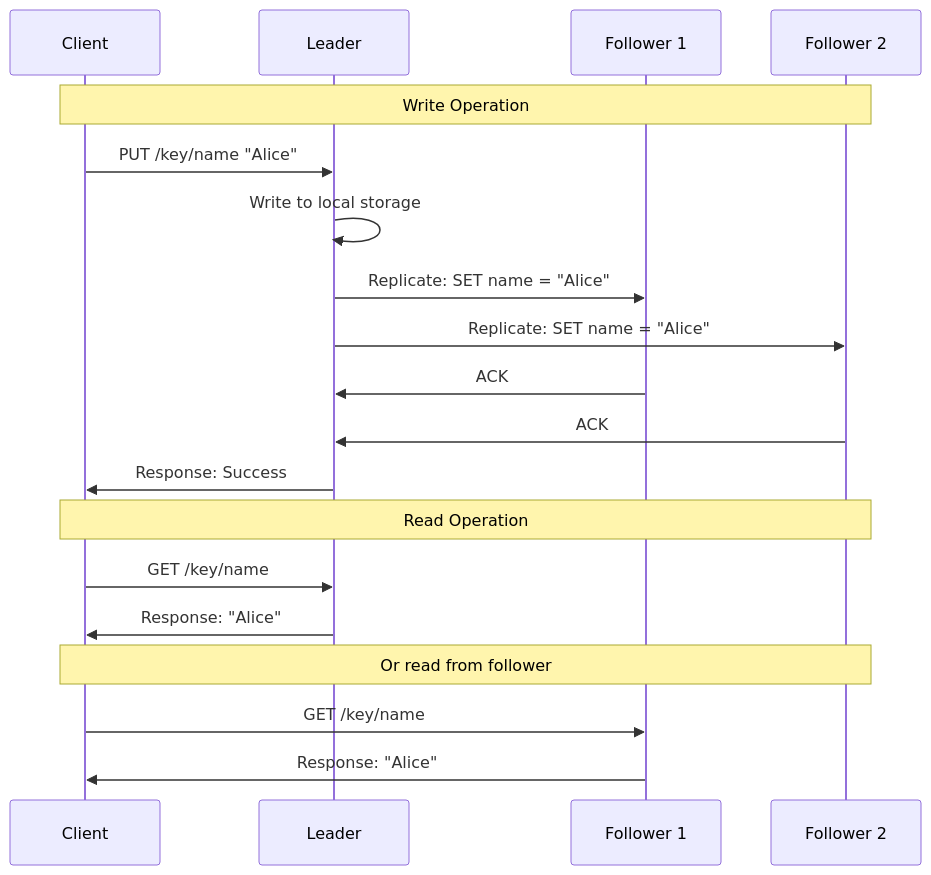
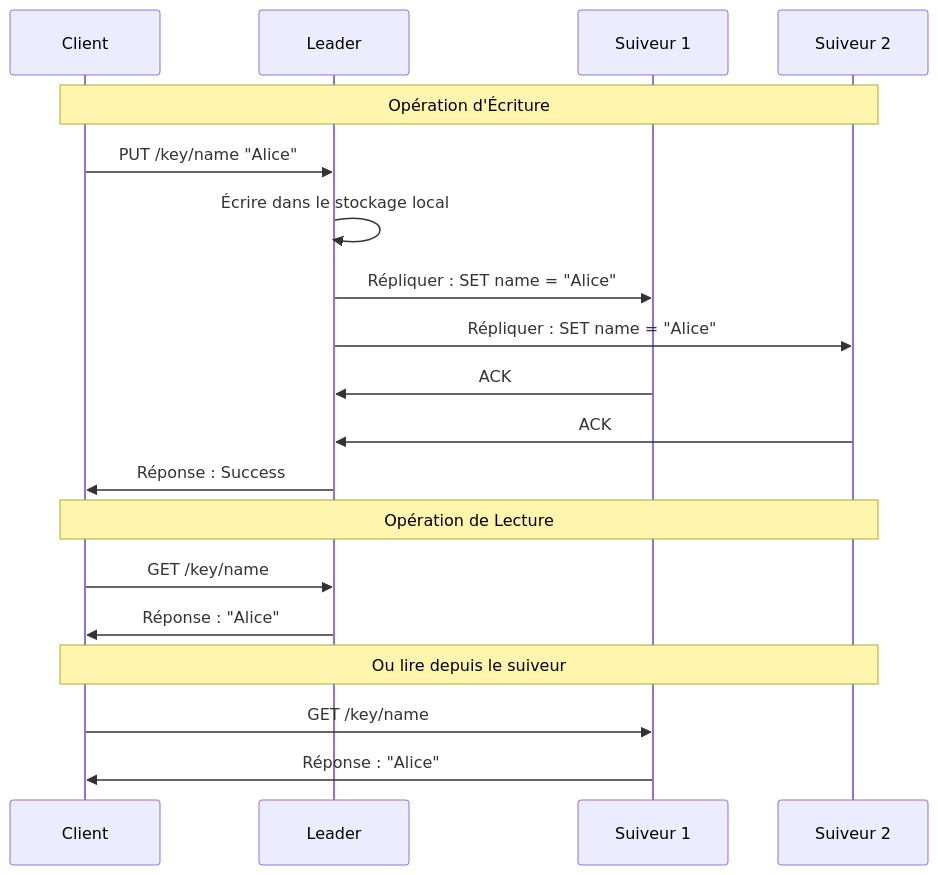
One commit to dardourimohamed/distributed-systems-course changed the third of 8 diagrams in src/data-store/06-replication.md. Above: the diagram before and after it, drawn with Mermaid. The commit also changed other lines of this file and 38 other files, not shown here.

````diff
--- a/src/data-store/06-replication.md
+++ b/src/data-store/06-replication.md
@@ -60,24 +60,24 @@
 ```mermaid
 sequenceDiagram
     participant C as Client
     participant L as Leader
-    participant F1 as Follower 1
-    participant F2 as Follower 2
+    participant F1 as Suiveur 1
+    participant F2 as Suiveur 2
 
-    Note over C,F2: Write Operation
+    Note over C,F2: Opération d'Écriture
     C->>L: PUT /key/name "Alice"
-    L->>L: Write to local storage
-    L->>F1: Replicate: SET name = "Alice"
-    L->>F2: Replicate: SET name = "Alice"
+    L->>L: Écrire dans le stockage local
+    L->>F1: Répliquer : SET name = "Alice"
+    L->>F2: Répliquer : SET name = "Alice"
     F1->>L: ACK
     F2->>L: ACK
-    L->>C: Response: Success
+    L->>C: Réponse : Success
 
-    Note over C,F2: Read Operation
+    Note over C,F2: Opération de Lecture
     C->>L: GET /key/name
-    L->>C: Response: "Alice"
+    L->>C: Réponse : "Alice"
 
-    Note over C,F2: Or read from follower
+    Note over C,F2: Ou lire depuis le suiveur
     C->>F1: GET /key/name
-    F1->>C: Response: "Alice"
+    F1->>C: Réponse : "Alice"
 ```
````
